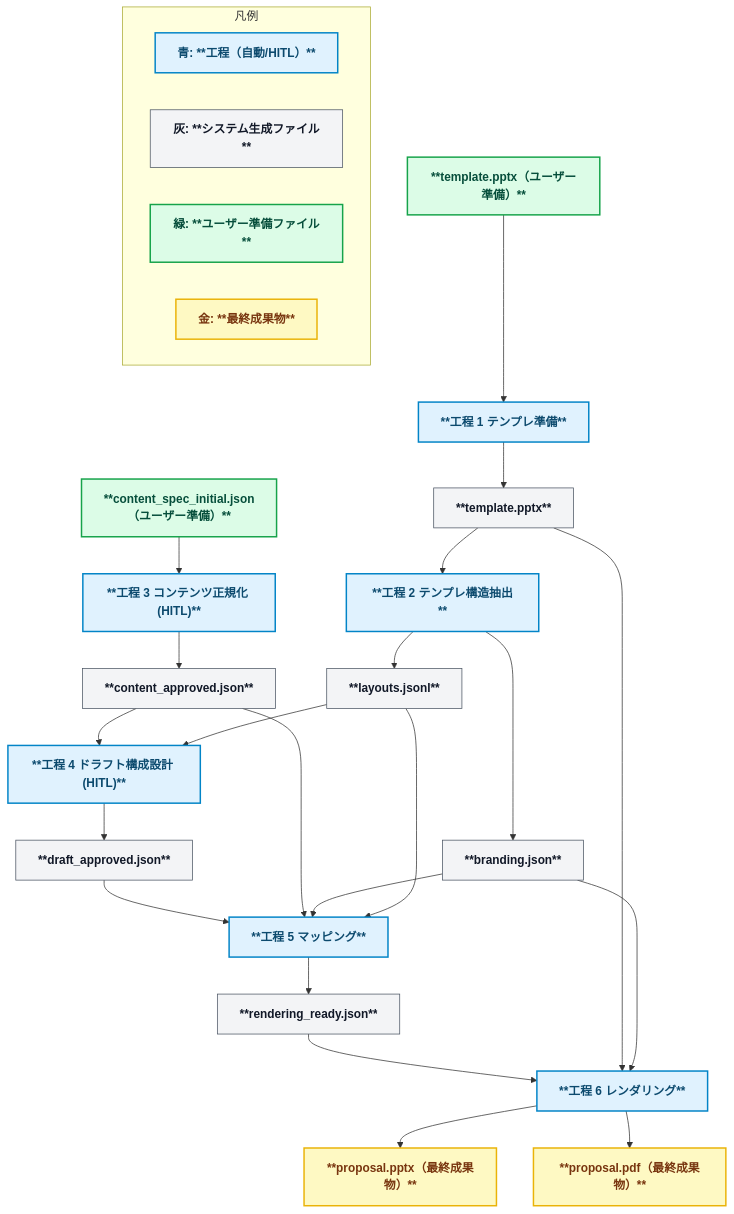
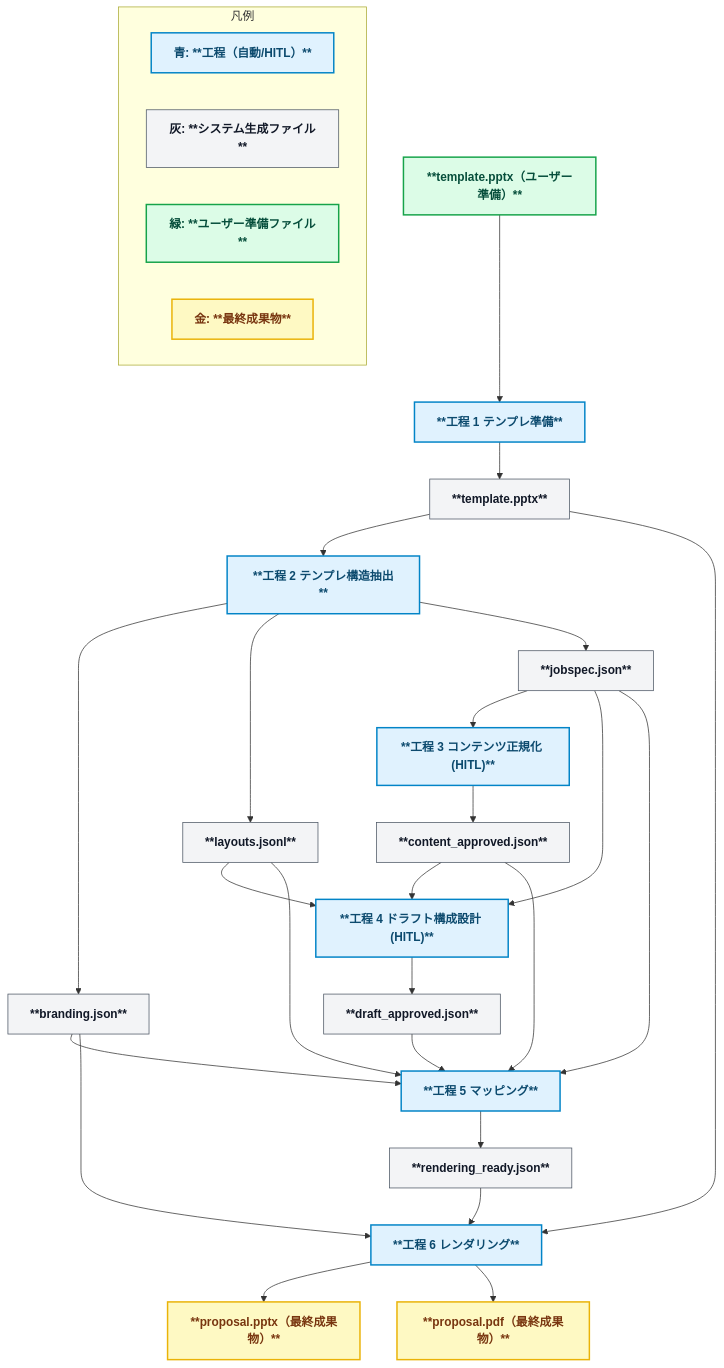
The diagram in README.md (yurake/pptx_generator), drawn with Mermaid before and after one commit. The commit also changed other lines of this file and 2 other files, not shown here.

First line of the commit message:
docs: align readme with jobspec flow (#255)

````diff
--- a/README.md
+++ b/README.md
@@ -30,49 +30,52 @@
 ```mermaid
 flowchart TD
   %% ======= Styles =======
   classDef stage fill:#e0f2fe,stroke:#0284c7,stroke-width:2px,color:#0c4a6e,font-weight:bold;
   classDef file fill:#f3f4f6,stroke:#4b5563,stroke-width:1px,color:#111827,font-weight:bold;
   classDef userfile fill:#dcfce7,stroke:#16a34a,stroke-width:2px,color:#064e3b,font-weight:bold;
   classDef final fill:#fef9c3,stroke:#eab308,stroke-width:2px,color:#78350f,font-weight:bold;
 
   %% ======= Stage 1 =======
   Tmpl["**template.pptx（ユーザー準備）**"]:::userfile --> S1["**工程 1 テンプレ準備**"]:::stage
   S1 --> Tmpl_out["**template.pptx**"]:::file
 
   %% ======= Stage 2 =======
   Tmpl_out --> S2["**工程 2 テンプレ構造抽出**"]:::stage
   S2 --> Brand["**branding.json**"]:::file
   S2 --> Layouts["**layouts.jsonl**"]:::file
+  S2 --> Jobspec["**jobspec.json**"]:::file
 
   %% ======= Stage 3 =======
-  Spec["**content_spec_initial.json（ユーザー準備）**"]:::userfile --> S3["**工程 3 コンテンツ正規化 (HITL)**"]:::stage
+  Jobspec --> S3["**工程 3 コンテンツ正規化 (HITL)**"]:::stage
   S3 --> Content["**content_approved.json**"]:::file
 
   %% ======= Stage 4 =======
   Content --> S4["**工程 4 ドラフト構成設計 (HITL)**"]:::stage
   Layouts --> S4
+  Jobspec --> S4
   S4 --> Draft["**draft_approved.json**"]:::file
 
   %% ======= Stage 5 =======
   Draft --> S5["**工程 5 マッピング**"]:::stage
   Content --> S5
   Brand --> S5
   Layouts --> S5
+  Jobspec --> S5
   S5 --> Ready["**rendering_ready.json**"]:::file
 
   %% ======= Stage 6 =======
   Ready --> S6["**工程 6 レンダリング**"]:::stage
   Tmpl_out --> S6
   Brand --> S6
   S6 --> PPTX["**proposal.pptx（最終成果物）**"]:::final
   S6 --> PDF["**proposal.pdf（最終成果物）**"]:::final
 
   %% ======= Legend =======
   subgraph Legend[凡例]
     direction LR
     A1["青: **工程（自動/HITL）**"]:::stage
     A2["灰: **システム生成ファイル**"]:::file
     A3["緑: **ユーザー準備ファイル**"]:::userfile
     A4["金: **最終成果物**"]:::final
   end
 ```
````
